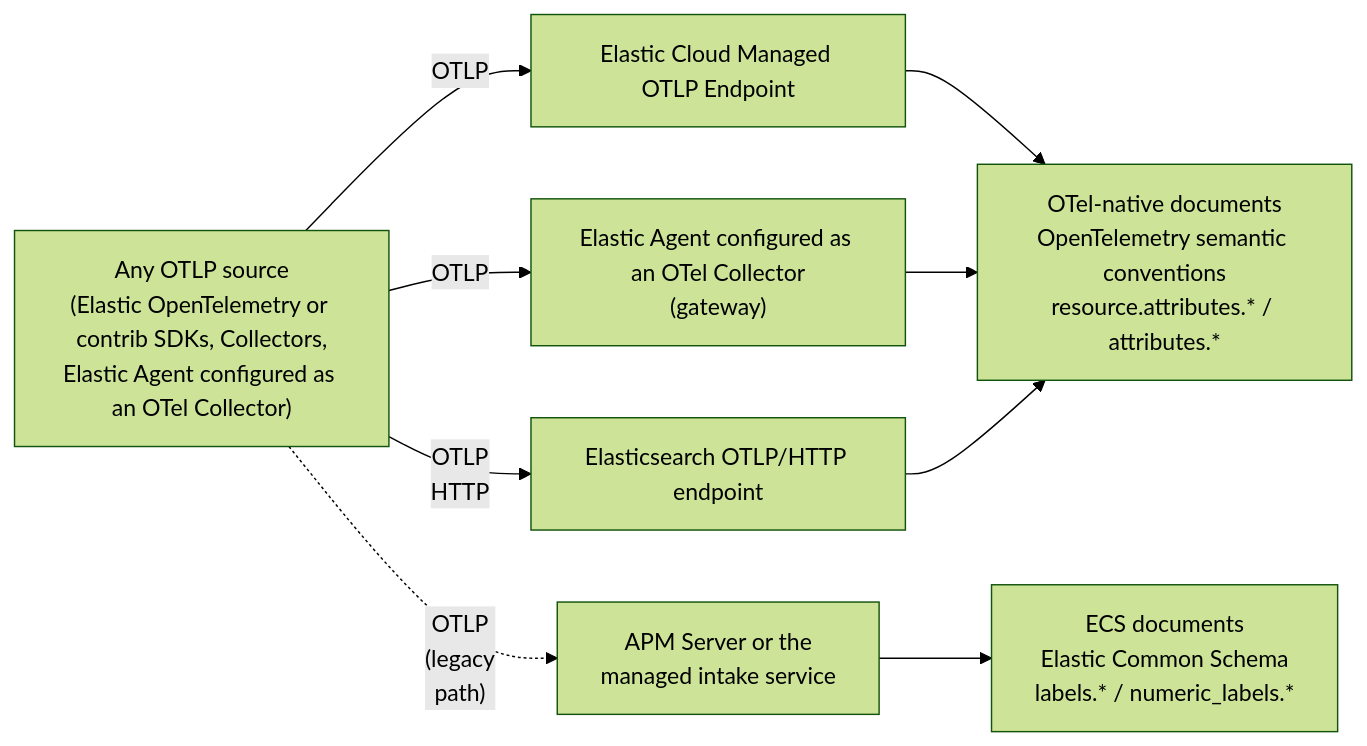
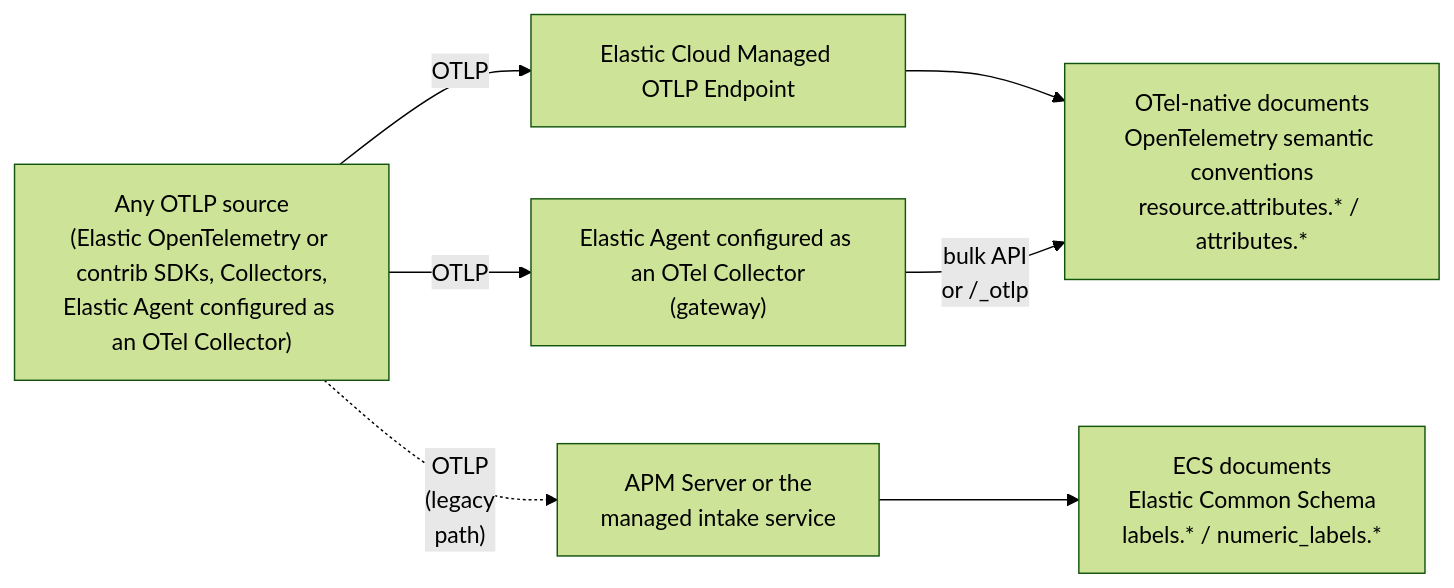
The diagram in docs/reference/compatibility/data-streams.md (elastic/opentelemetry), drawn with Mermaid (forest theme) before and after one commit. The commit also changed other lines of this file, not shown here.

First line of the commit message:
docs: stop listing /_otlp as a separate ingest path in the data streams comparison

````diff
--- a/docs/reference/compatibility/data-streams.md
+++ b/docs/reference/compatibility/data-streams.md
@@ -31,14 +31,12 @@
 ```mermaid
 flowchart LR
     SRC["Any OTLP source<br/>(Elastic OpenTelemetry or contrib SDKs, Collectors,<br/>Elastic Agent configured as an OTel Collector)"]:::plain
 
     SRC -->|OTLP| MOTLP["Elastic Cloud Managed OTLP Endpoint"]:::plain
     SRC -->|OTLP| GW["Elastic Agent configured as an OTel Collector<br/>(gateway)"]:::plain
-    SRC -->|"OTLP<br/>HTTP"| ESO["Elasticsearch OTLP/HTTP endpoint"]:::plain
     SRC -.->|"OTLP<br/>(legacy<br/>path)"| APM["APM Server or the<br/>managed intake service"]:::warning
 
     MOTLP --> OTEL["OTel-native documents<br/>OpenTelemetry semantic conventions<br/>resource.attributes.* / attributes.*"]:::success
-    GW --> OTEL
-    ESO --> OTEL
+    GW -->|"bulk API<br/>or /_otlp"| OTEL
     APM --> ECS["ECS documents<br/>Elastic Common Schema<br/>labels.* / numeric_labels.*"]:::note
 ```
````
